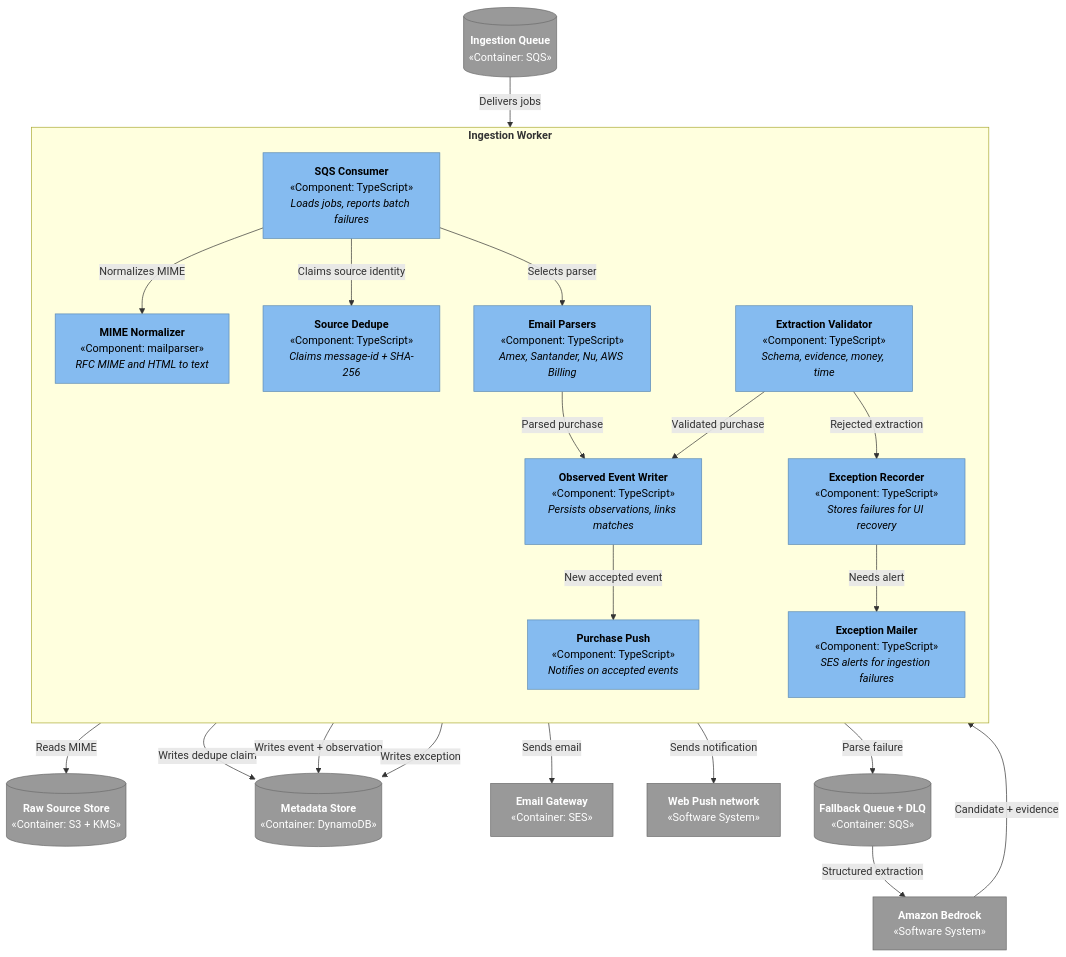
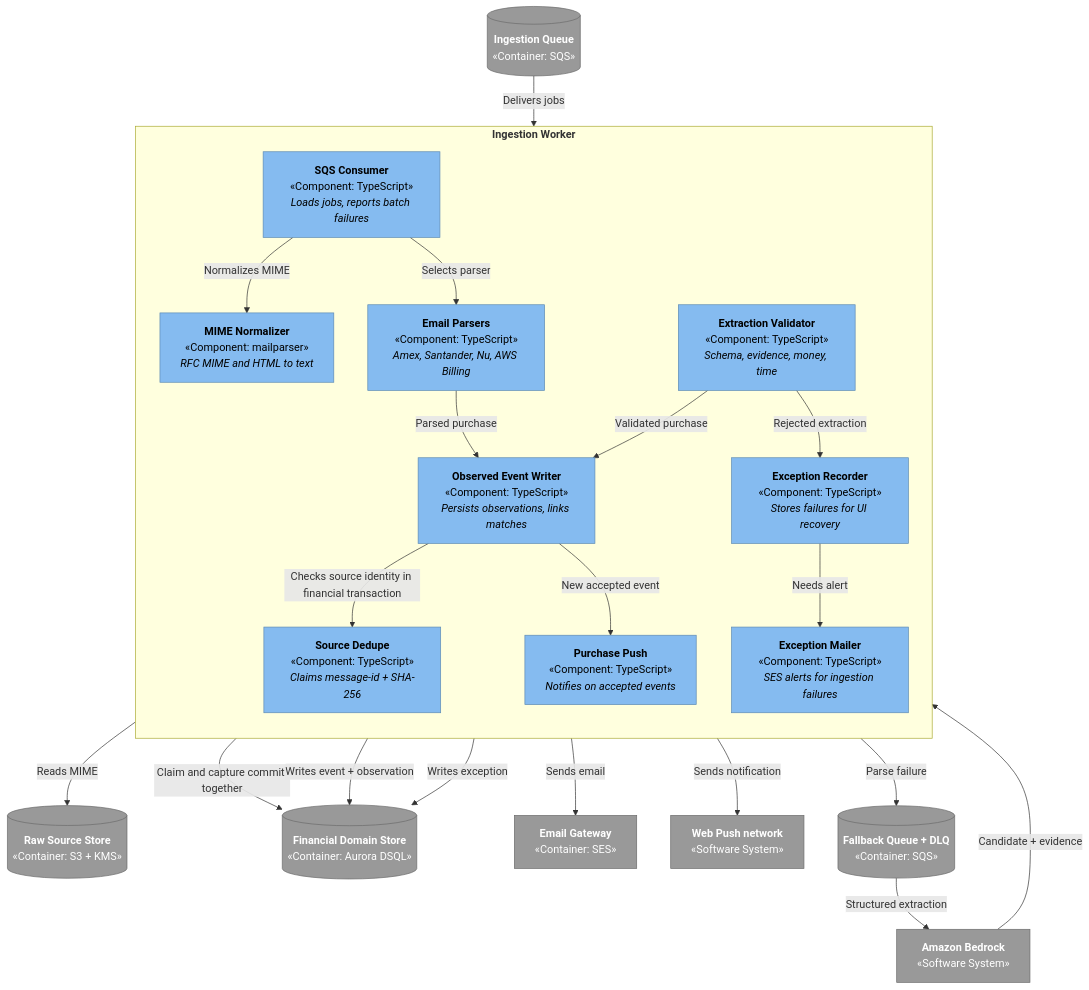
One commit to DavidCs9/personal-finance-system changed the second of 4 diagrams in docs/architecture.md. Above: the diagram before and after it, drawn with Mermaid. The commit also changed other lines of this file and 24 other files, not shown here.

````diff
--- a/docs/architecture.md
+++ b/docs/architecture.md
@@ -167,73 +173,73 @@
 ```mermaid
 flowchart TB
   classDef component fill:#85BBF0,stroke:#5D8AB3,color:#000,stroke-width:1px
   classDef external fill:#999999,stroke:#6B6B6B,color:#fff,stroke-width:1px
 
   queue[("`**Ingestion Queue**
 «Container: SQS»`")]
   raw[("`**Raw Source Store**
 «Container: S3 + KMS»`")]
-  ddb[("`**Metadata Store**
-«Container: DynamoDB»`")]
+  sql[("`**Financial Domain Store**
+«Container: Aurora DSQL»`")]
   ses["`**Email Gateway**
 «Container: SES»`"]
   webpush["`**Web Push network**
 «Software System»`"]
   bedrock["`**Amazon Bedrock**
 «Software System»`"]
   fallbackQueue[("`**Fallback Queue + DLQ**
 «Container: SQS»`")]
 
   subgraph ingest["`**Ingestion Worker**`"]
     direction TB
     consumer["`**SQS Consumer**
 «Component: TypeScript»
 _Loads jobs, reports batch failures_`"]
     dedupe["`**Source Dedupe**
 «Component: TypeScript»
 _Claims message-id + SHA-256_`"]
     parsers["`**Email Parsers**
 «Component: TypeScript»
 _Amex, Santander, Nu, AWS Billing_`"]
     mime["`**MIME Normalizer**
 «Component: mailparser»
 _RFC MIME and HTML to text_`"]
     validator["`**Extraction Validator**
 «Component: TypeScript»
 _Schema, evidence, money, time_`"]
     reconcile["`**Observed Event Writer**
 «Component: TypeScript»
 _Persists observations, links matches_`"]
     exceptions["`**Exception Recorder**
 «Component: TypeScript»
 _Stores failures for UI recovery_`"]
     mail["`**Exception Mailer**
 «Component: TypeScript»
 _SES alerts for ingestion failures_`"]
     push["`**Purchase Push**
 «Component: TypeScript»
 _Notifies on accepted events_`"]
   end
 
   queue -->|"Delivers jobs"| consumer
   consumer -->|"Reads MIME"| raw
   consumer -->|"Normalizes MIME"| mime
-  consumer -->|"Claims source identity"| dedupe
-  dedupe -->|"Writes dedupe claim"| ddb
+  reconcile -->|"Checks source identity in financial transaction"| dedupe
+  dedupe -->|"Claim and capture commit together"| sql
   consumer -->|"Selects parser"| parsers
   parsers -->|"Parsed purchase"| reconcile
   parsers -->|"Parse failure"| fallbackQueue
   fallbackQueue -->|"Structured extraction"| bedrock
   bedrock -->|"Candidate + evidence"| validator
   validator -->|"Validated purchase"| reconcile
   validator -->|"Rejected extraction"| exceptions
-  reconcile -->|"Writes event + observation"| ddb
+  reconcile -->|"Writes event + observation"| sql
   reconcile -->|"New accepted event"| push
-  exceptions -->|"Writes exception"| ddb
+  exceptions -->|"Writes exception"| sql
   exceptions -->|"Needs alert"| mail
   mail -->|"Sends email"| ses
   push -->|"Sends notification"| webpush
 
   class consumer,dedupe,mime,parsers,validator,reconcile,exceptions,mail,push component
-  class queue,fallbackQueue,raw,ddb,ses,webpush,bedrock external
+  class queue,fallbackQueue,raw,sql,ses,webpush,bedrock external
 ```
````
